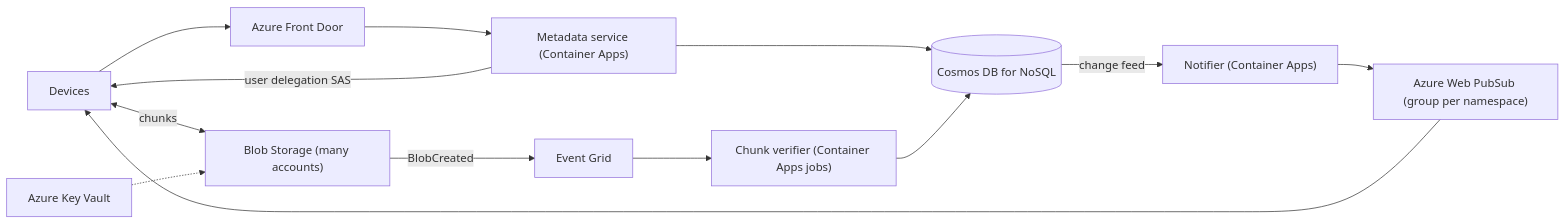
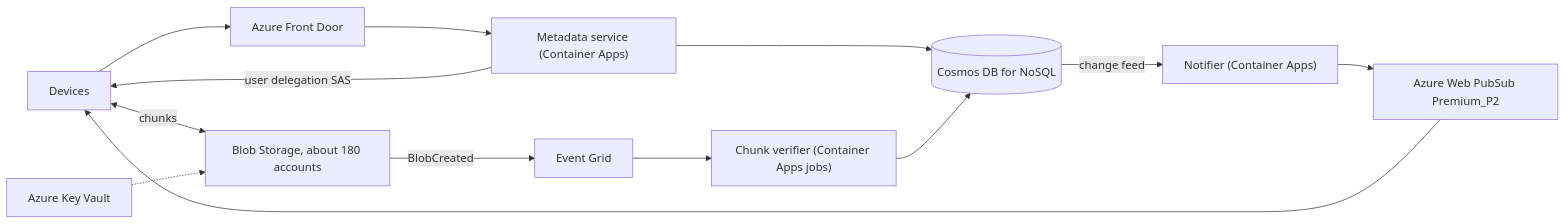
Before and after one commit to spabolu/system-design-modern: the ninth of 9 diagrams in docs/06-case-studies/file-sync.md, drawn with Mermaid. The commit also changed other lines of this file, not shown here.

````diff
--- a/docs/06-case-studies/file-sync.md
+++ b/docs/06-case-studies/file-sync.md
@@ -140,15 +440,15 @@
 ```mermaid
 flowchart LR
   D[Devices] --> FD[Azure Front Door]
   FD --> API["Metadata service (Container Apps)"]
   API --> COS[("Cosmos DB for NoSQL")]
   API -->|"user delegation SAS"| D
-  D <-->|"chunks"| SA["Blob Storage (many accounts)"]
+  D <-->|"chunks"| SA["Blob Storage, about 180 accounts"]
   SA -->|"BlobCreated"| EG[Event Grid]
   EG --> VER["Chunk verifier (Container Apps jobs)"]
   VER --> COS
   COS -->|"change feed"| NOTIF["Notifier (Container Apps)"]
-  NOTIF --> WPS["Azure Web PubSub (group per namespace)"]
+  NOTIF --> WPS["Azure Web PubSub Premium_P2"]
   WPS --> D
   KV[Azure Key Vault] -.-> SA
 ```
````
